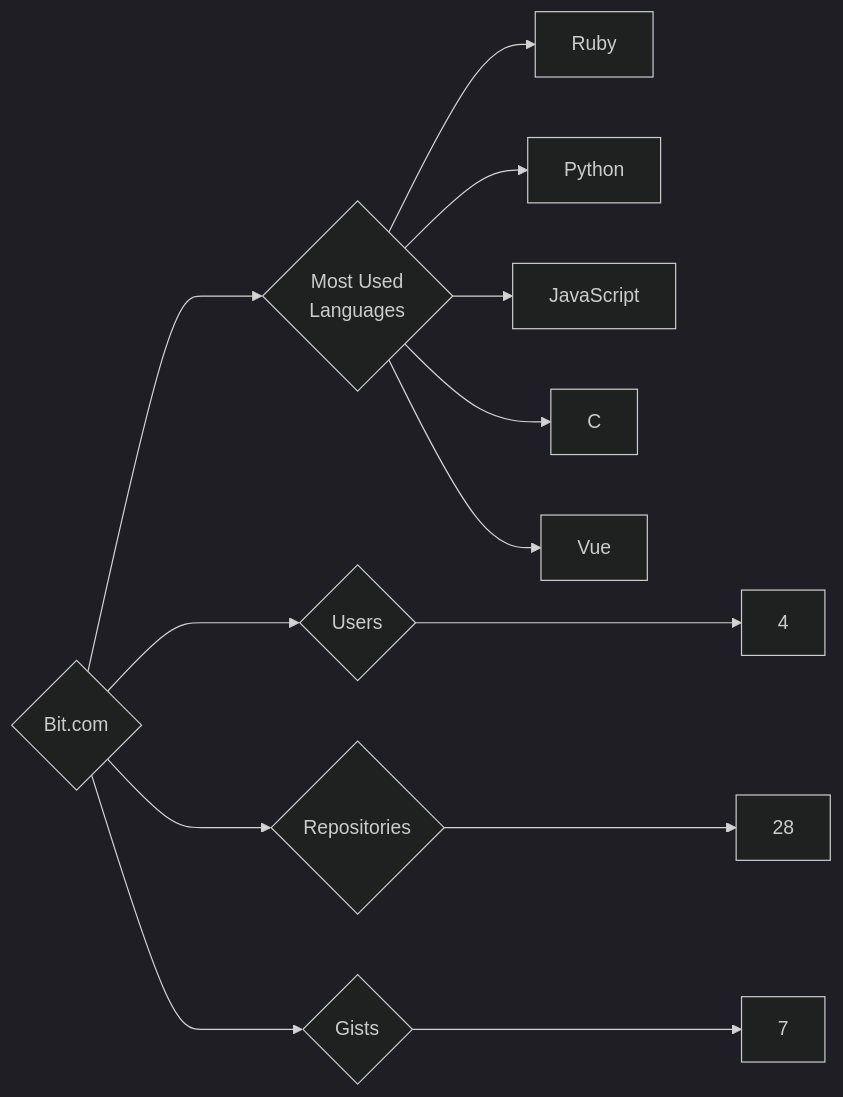
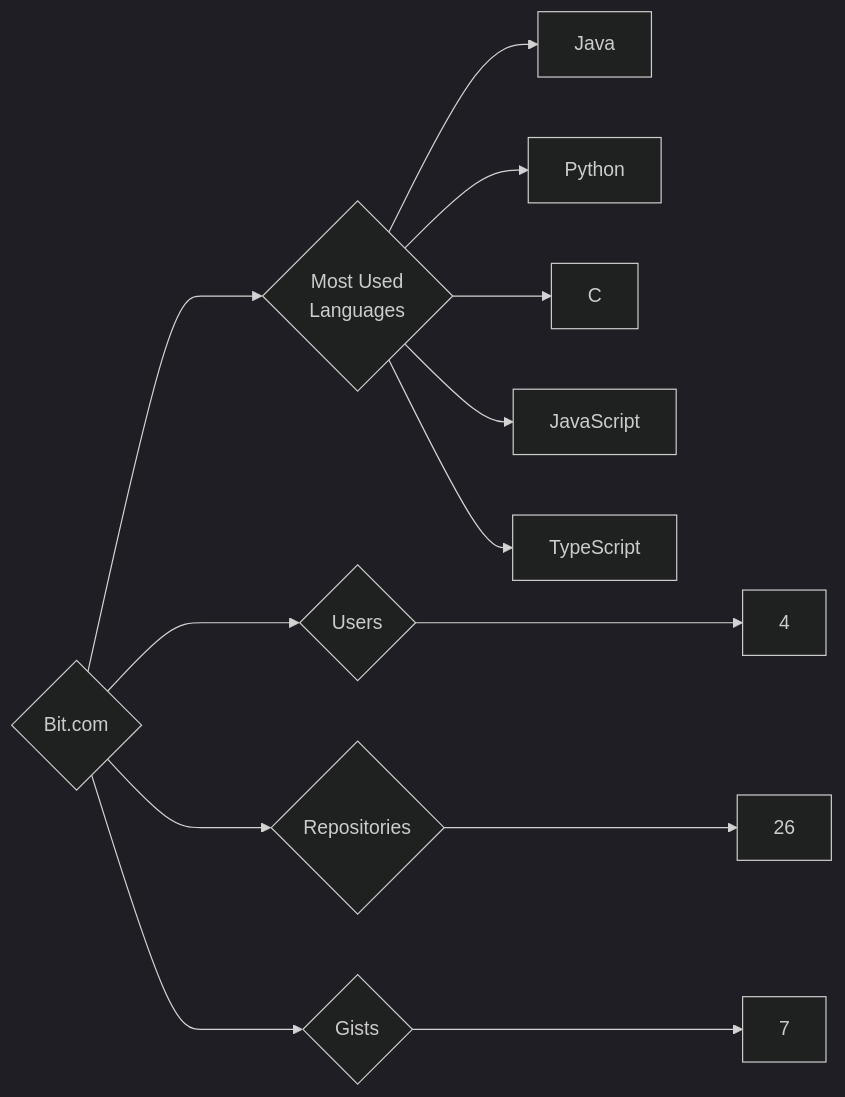
Before and after one commit to trickest/insiders: the diagram in targets/Bit.com/README.md, drawn with Mermaid (dark theme). The commit also changed 1141 other files, not shown here.

````diff
--- a/targets/Bit.com/README.md
+++ b/targets/Bit.com/README.md
@@ -3,13 +3,13 @@
 ```mermaid
 graph LR
 COMPANY_NAME{Bit.com}
 COMPANY_NAME ---> U{Users} ---> UN[4]
-COMPANY_NAME ---> R{Repositories} ---> RN[28]
+COMPANY_NAME ---> R{Repositories} ---> RN[26]
 COMPANY_NAME ---> G{Gists} ---> GN[7]
 COMPANY_NAME ---> ML{Most Used<br>Languages}
-ML --> Ruby[Ruby]
+ML --> Java[Java]
 ML --> Python[Python]
+ML --> C[C]
 ML --> JavaScript[JavaScript]
-ML --> C[C]
-ML --> Vue[Vue]
+ML --> TypeScript[TypeScript]
 ```
````
